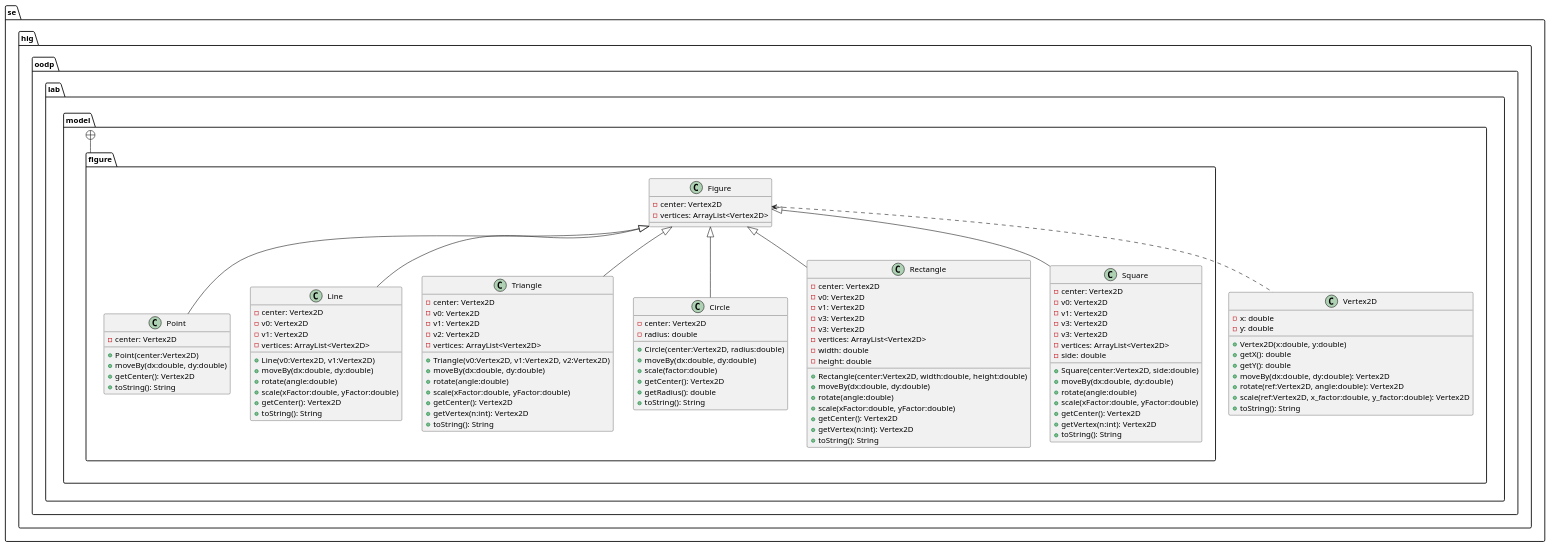
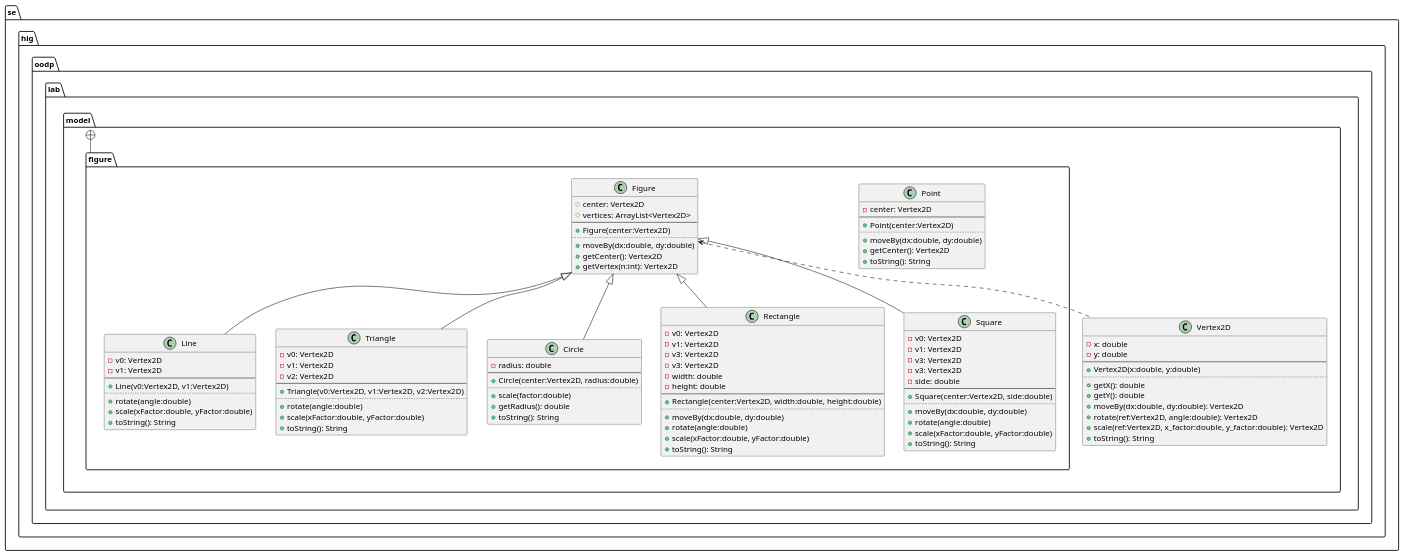
Before and after one commit to jonasjberg/DVG303_lab2: the diagram in diagram/uppgift2.puml, drawn with PlantUML. The commit also changed 8 other files, not shown here.

```diff
--- a/diagram/uppgift2.puml
+++ b/diagram/uppgift2.puml
@@ -9,139 +9,156 @@
 @startuml
 ' ____________________________________________________________________________
 ' ____ CONFIGURATION OPTIONS __________________________________________________
 ' package graphical style
 skinparam packageStyle folder
 
 ' don't use symbols to indicate visibility
 ' skinparam classAttributeIconsize 0
 
 
 ' ____________________________________________________________________________
 ' ____ CLASS DEFINITIONS ______________________________________________________
 package se.hig.oodp.lab.model {
     class Vertex2D {
         -x: double
         -y: double
+        --
         +Vertex2D(x:double, y:double)
+        ..
         +getX(): double
         +getY(): double
         +moveBy(dx:double, dy:double): Vertex2D
         +rotate(ref:Vertex2D, angle:double): Vertex2D
         +scale(ref:Vertex2D, x_factor:double, y_factor:double): Vertex2D
         +toString(): String
     }
 }
 
 package se.hig.oodp.lab.model.figure {
     class Point {
         -center: Vertex2D
+        --
         +Point(center:Vertex2D)
+        ..
         +moveBy(dx:double, dy:double)
         +getCenter(): Vertex2D
         +toString(): String
     }
 
     class Figure {
-        -center: Vertex2D
-        -vertices: ArrayList<Vertex2D>
+        #center: Vertex2D
+        #vertices: ArrayList<Vertex2D>
+        --
+        +Figure(center:Vertex2D)
+        ..
+        +moveBy(dx:double, dy:double)
+        +getCenter(): Vertex2D
+        +getVertex(n:int): Vertex2D
     }
 
     class Line {
-        -center: Vertex2D
         -v0: Vertex2D
         -v1: Vertex2D
-        -vertices: ArrayList<Vertex2D>
+'       -vertices: ArrayList<Vertex2D>
+        --
         +Line(v0:Vertex2D, v1:Vertex2D)
-        +moveBy(dx:double, dy:double)
+        ..
+'       +moveBy(dx:double, dy:double)
         +rotate(angle:double)
         +scale(xFactor:double, yFactor:double)
-        +getCenter(): Vertex2D
+'       +getCenter(): Vertex2D
+'       +getVertex(n:int): Vertex2D
         +toString(): String
     }
 
     class Triangle {
-        -center: Vertex2D
         -v0: Vertex2D
         -v1: Vertex2D
         -v2: Vertex2D
-        -vertices: ArrayList<Vertex2D>
-
+'       -vertices: ArrayList<Vertex2D>
+        --
         +Triangle(v0:Vertex2D, v1:Vertex2D, v2:Vertex2D)
-        +moveBy(dx:double, dy:double)
+        ..
+'       +moveBy(dx:double, dy:double)
         +rotate(angle:double)
         +scale(xFactor:double, yFactor:double)
-        +getCenter(): Vertex2D
-        +getVertex(n:int): Vertex2D
+'       +getCenter(): Vertex2D
+'       +getVertex(n:int): Vertex2D
         +toString(): String
     }
 
     class Circle {
-        -center: Vertex2D
         -radius: double
-
+        --
         +Circle(center:Vertex2D, radius:double)
-        +moveBy(dx:double, dy:double)
+        ..
+'       +moveBy(dx:double, dy:double)
         +scale(factor:double)
-        +getCenter(): Vertex2D
+'       +getCenter(): Vertex2D
+'       +getVertex(n:int): Vertex2D
         +getRadius(): double
         +toString(): String
     }
 
     class Rectangle {
-        -center: Vertex2D
         -v0: Vertex2D
         -v1: Vertex2D
         -v3: Vertex2D
         -v3: Vertex2D
-        -vertices: ArrayList<Vertex2D>
+'       -vertices: ArrayList<Vertex2D>
         -width: double
         -height: double
-
+        --
         +Rectangle(center:Vertex2D, width:double, height:double)
+        ..
         +moveBy(dx:double, dy:double)
         +rotate(angle:double)
         +scale(xFactor:double, yFactor:double)
-        +getCenter(): Vertex2D
-        +getVertex(n:int): Vertex2D
+'       +getCenter(): Vertex2D
+'       +getVertex(n:int): Vertex2D
         +toString(): String
     }
 
     class Square {
-        -center: Vertex2D
         -v0: Vertex2D
         -v1: Vertex2D
         -v3: Vertex2D
         -v3: Vertex2D
-        -vertices: ArrayList<Vertex2D>
+'       -vertices: ArrayList<Vertex2D>
         -side: double
-
+        --
         +Square(center:Vertex2D, side:double)
+        ..
         +moveBy(dx:double, dy:double)
         +rotate(angle:double)
         +scale(xFactor:double, yFactor:double)
-        +getCenter(): Vertex2D
-        +getVertex(n:int): Vertex2D
+'       +getCenter(): Vertex2D
+'       +getVertex(n:int): Vertex2D
         +toString(): String
     }
 }
 
 
 ' ____________________________________________________________________________
 ' ____ PACKAGE HIERARCHY _____________________________________________________
 se.hig.oodp.lab.model +-- se.hig.oodp.lab.model.figure
 
 
 ' ____________________________________________________________________________
 ' ____ RELATIONS BETWEEN CLASSES _____________________________________________
-Figure <|-- Point
+' <|--      extension
+' *--       composition
+' o--       aggregation
+
+' Figure <|-- Point
 Figure <|-- Line
 Figure <|-- Triangle
 Figure <|-- Rectangle
 Figure <|-- Square
 Figure <|-- Circle
 Figure <.. Vertex2D
 
 
 
 
 @enduml
```
